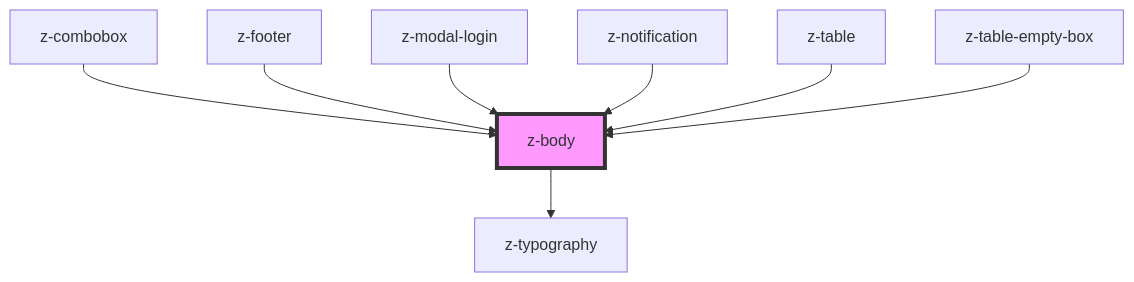
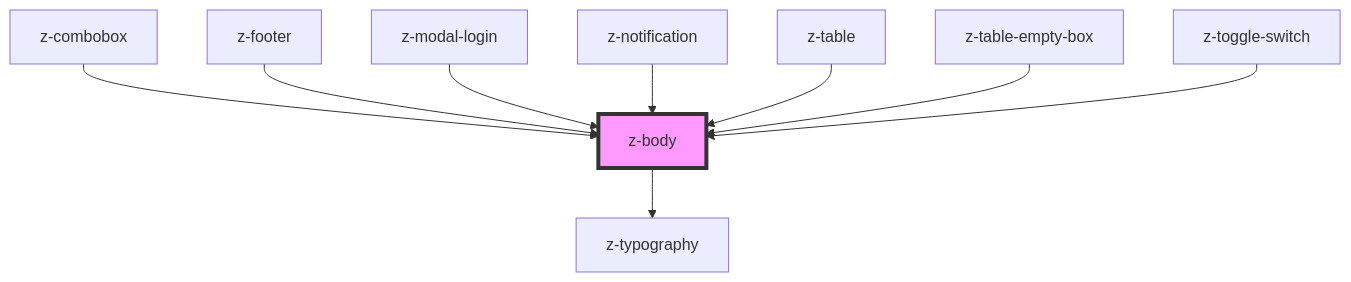
The diagram in src/components/typography/z-body/readme.md (ZanichelliEditore/design-system), drawn with Mermaid before and after one commit. The commit also changed other lines of this file and 3 other files, not shown here.

````diff
--- a/src/components/typography/z-body/readme.md
+++ b/src/components/typography/z-body/readme.md
@@ -31,11 +32,12 @@
 ```mermaid
 graph TD;
   z-body --> z-typography
   z-combobox --> z-body
   z-footer --> z-body
   z-modal-login --> z-body
   z-notification --> z-body
   z-table --> z-body
   z-table-empty-box --> z-body
+  z-toggle-switch --> z-body
   style z-body fill:#f9f,stroke:#333,stroke-width:4px
 ```
````
